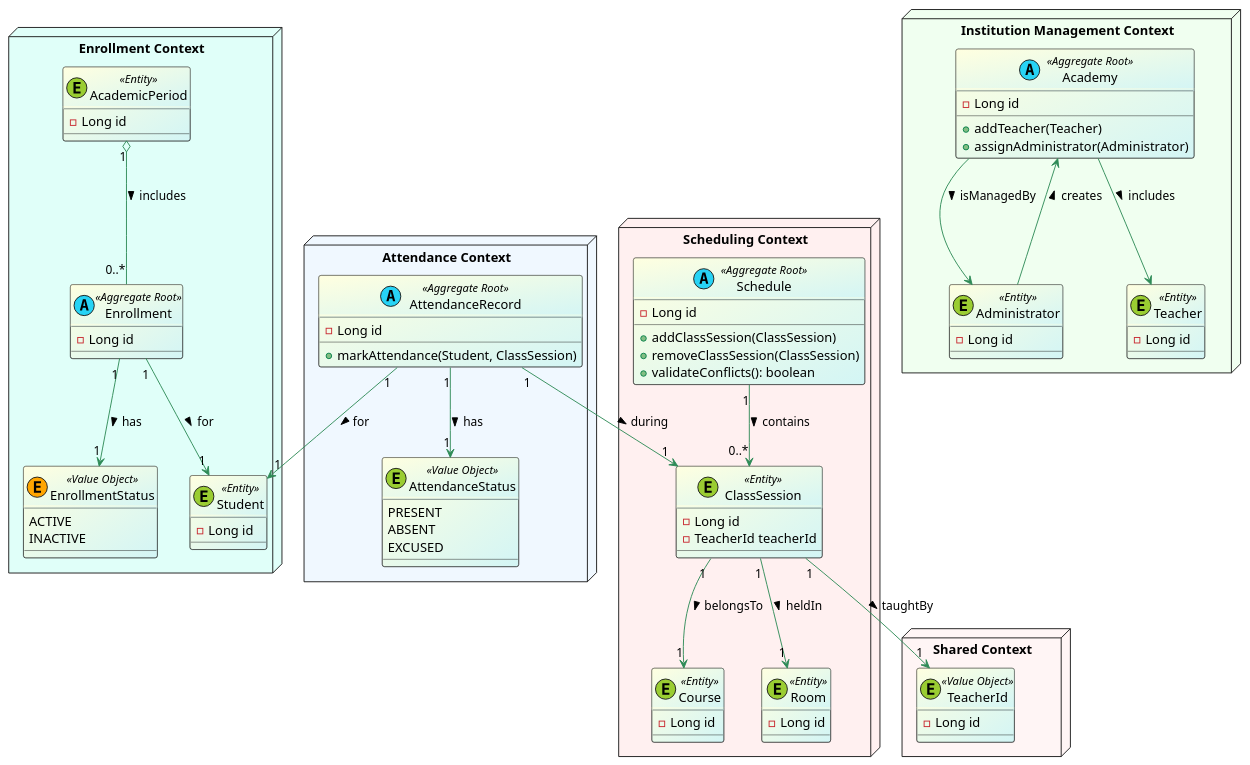
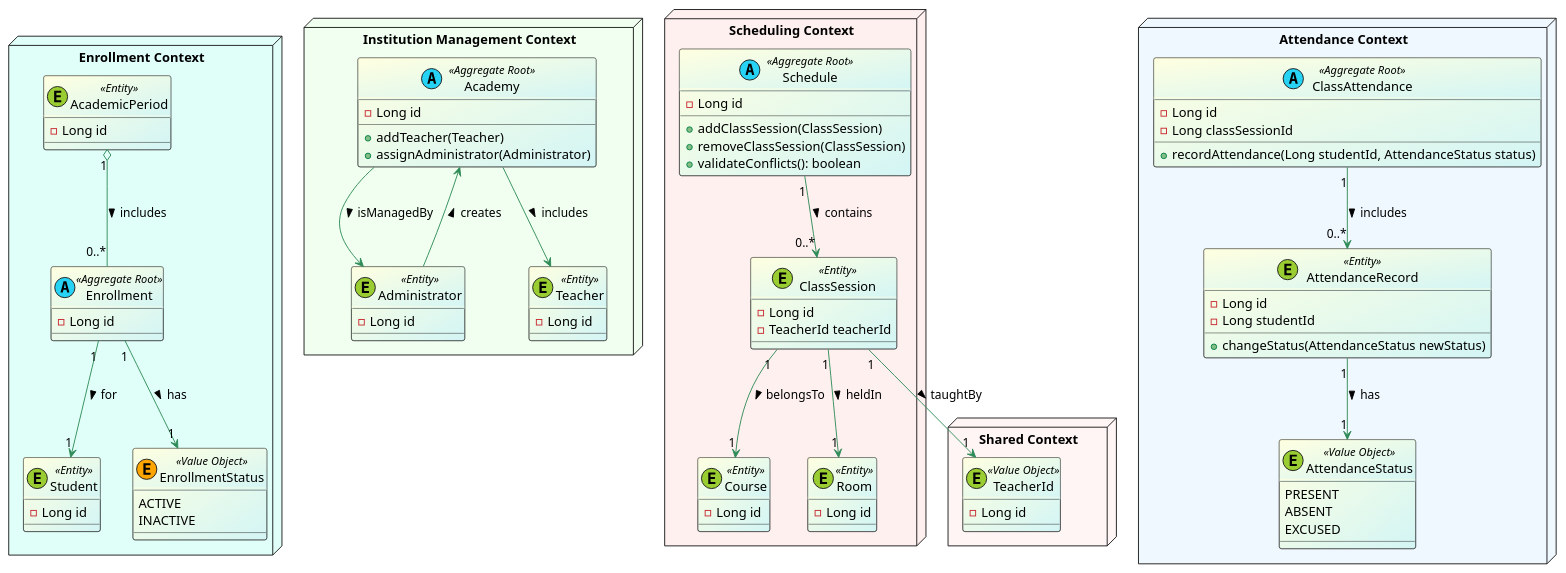
Before and after one commit to demy-project/api: the diagram in docs/domain-diagram.puml, drawn with PlantUML.

Commit message:
docs: rename AttendanceRecord to ClassAttendance and update attendance methods in domain diagram

```diff
--- a/docs/domain-diagram.puml
+++ b/docs/domain-diagram.puml
@@ -1,99 +1,106 @@
 @startuml Demy Domain Diagram
 
 skinparam class {
     BackgroundColor LightYellow/D3F5F5
     ArrowColor SeaGreen
 }
 
 package "Enrollment Context" <<Node>> #E0FFF9 {
     class Enrollment <<(A, #27D3F5) Aggregate Root>> {
         - Long id
     }
     class Student <<(E, #9ACD32) Entity>> {
         - Long id
     }
     enum EnrollmentStatus <<(E, #FFA500) Value Object>> {
         ACTIVE
         INACTIVE
     }
     class AcademicPeriod <<(E, #9ACD32) Entity>> {
         - Long id
     }
     ' Relationships
     Enrollment "1" --> "1" Student : for >
     AcademicPeriod "1" o-- "0..*" Enrollment : includes >
     Enrollment "1" --> "1" EnrollmentStatus : has >
 }
 
 package "Institution Management Context" <<Node>> #F0FFF0 {
     class Academy <<(A, #27D3F5) Aggregate Root>> {
         - Long id
         + addTeacher(Teacher)
         + assignAdministrator(Administrator)
     }
     class Administrator <<(E, #9ACD32) Entity>> {
         - Long id
     }
 
     class Teacher <<(E, #9ACD32) Entity>> {
         - Long id
     }
     ' Relationships
     Administrator --> Academy : creates >
     Academy --> Administrator : isManagedBy >
     Academy --> Teacher : includes >
 }
 
 package "Scheduling Context" <<Node>> #FFF0F0 {
     class Schedule <<(A, #27D3F5) Aggregate Root>> {
         - Long id
         + addClassSession(ClassSession)
         + removeClassSession(ClassSession)
         + validateConflicts(): boolean
     }
 
     class ClassSession <<(E, #9ACD32) Entity>> {
         - Long id
         - TeacherId teacherId
     }
 
     class Course <<(E, #9ACD32) Entity>> {
         - Long id
     }
 
     class Room <<(E, #9ACD32)Entity>> {
         - Long id
     }
 
     ' Relationships
     Schedule "1" --> "0..*" ClassSession : contains >
     ClassSession "1" --> "1" Course : belongsTo >
     ClassSession "1" --> "1" Room : heldIn >
 }
 
 package "Attendance Context" <<Node>> #F0F8FF {
-    class AttendanceRecord <<(A, #27D3F5) Aggregate Root>> {
+    class ClassAttendance <<(A, #27D3F5) Aggregate Root>> {
         - Long id
-        + markAttendance(Student, ClassSession)
+        - Long classSessionId
+        + recordAttendance(Long studentId, AttendanceStatus status)
     }
+
+    class AttendanceRecord <<(E, #9ACD32) Entity>> {
+        - Long id
+        - Long studentId
+        + changeStatus(AttendanceStatus newStatus)
+    }
+
     class AttendanceStatus <<(E, #9ACD32) Value Object>> {
         PRESENT
         ABSENT
         EXCUSED
     }
     ' Relationships
-    AttendanceRecord "1" --> "1" Student : for >
-    AttendanceRecord "1" --> "1" ClassSession : during >
+    ClassAttendance "1" --> "0..*" AttendanceRecord : includes >
     AttendanceRecord "1" --> "1" AttendanceStatus : has >
 }
 
 package "Shared Context" as sc <<Node>> #FFF5F5 {
     class TeacherId <<(E, #9ACD32) Value Object>> {
         - Long id
     }
 }
 
 ' Define relationships between contexts
 ClassSession "1" --> "1" TeacherId : taughtBy >
 
 @enduml
```
